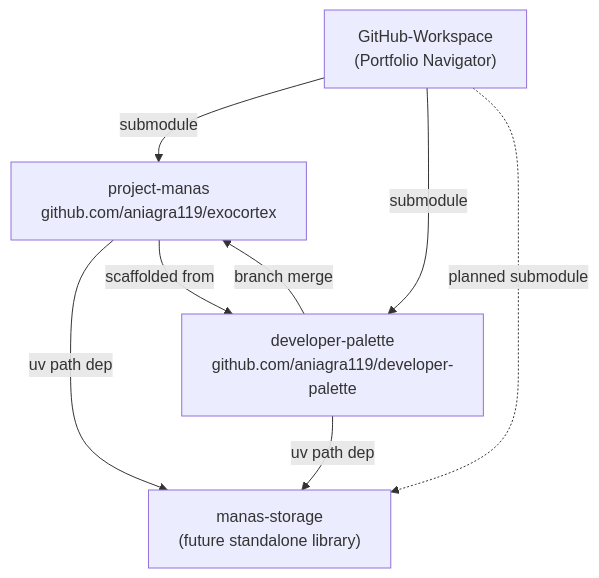
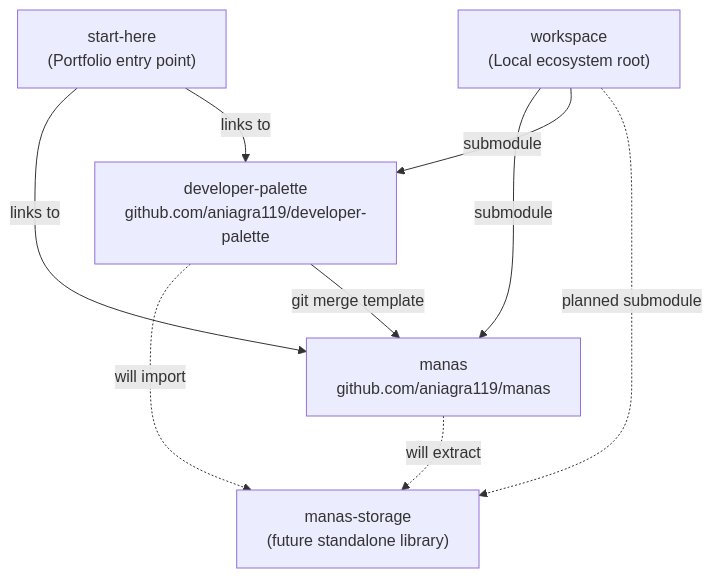
The diagram in WORKSPACE_AGENDA.md (aniagra119/workspace), drawn with Mermaid before and after one commit. The commit also changed other lines of this file and 16 other files, not shown here.

Commit message:
chore: rename exocortex→manas, nuke ADRs and HLD, add CODING_PLAN, update workspace navigator

````diff
--- a/WORKSPACE_AGENDA.md
+++ b/WORKSPACE_AGENDA.md
@@ -34,14 +30,17 @@
 ```mermaid
 graph TD
-    WS["GitHub-Workspace\n(Portfolio Navigator)"]
+    SH["start-here\n(Portfolio entry point)"]
+    WS["workspace\n(Local ecosystem root)"]
 
-    WS -->|submodule| PM["project-manas\ngithub.com/aniagra119/exocortex"]
-    WS -->|submodule| DP["developer-palette\ngithub.com/aniagra119/developer-palette"]
+    SH -->|links to| MN["manas\ngithub.com/aniagra119/manas"]
+    SH -->|links to| DP["developer-palette\ngithub.com/aniagra119/developer-palette"]
+
+    WS -->|submodule| MN
+    WS -->|submodule| DP
+
     WS -.->|planned submodule| MS["manas-storage\n(future standalone library)"]
+    MN -.->|will extract| MS
+    DP -.->|will import| MS
 
-    PM -->|uv path dep| MS
-    DP -->|uv path dep| MS
-
-    PM -->|scaffolded from| DP
-    DP -->|branch merge| PM
+    DP -->|git merge template| MN
 ```
````
